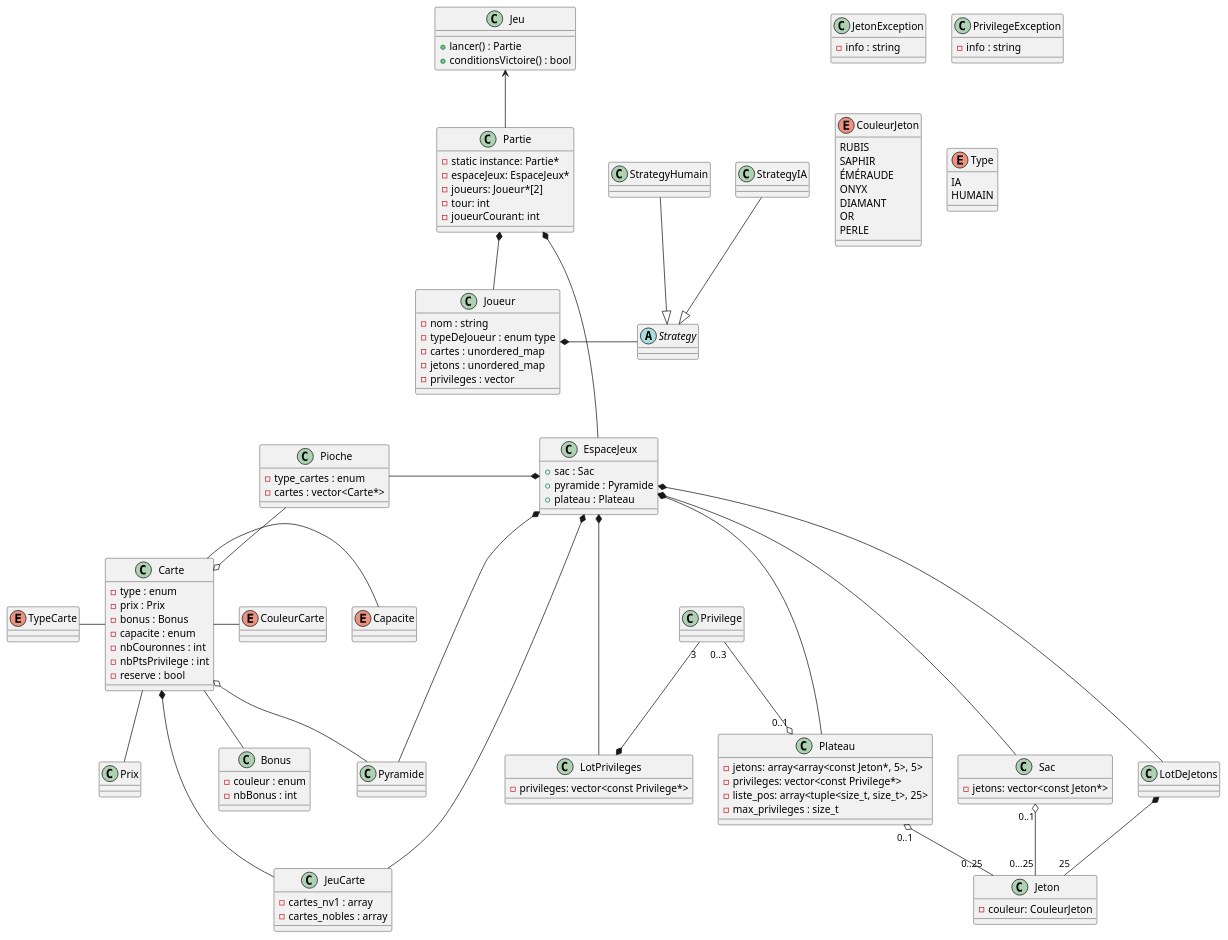
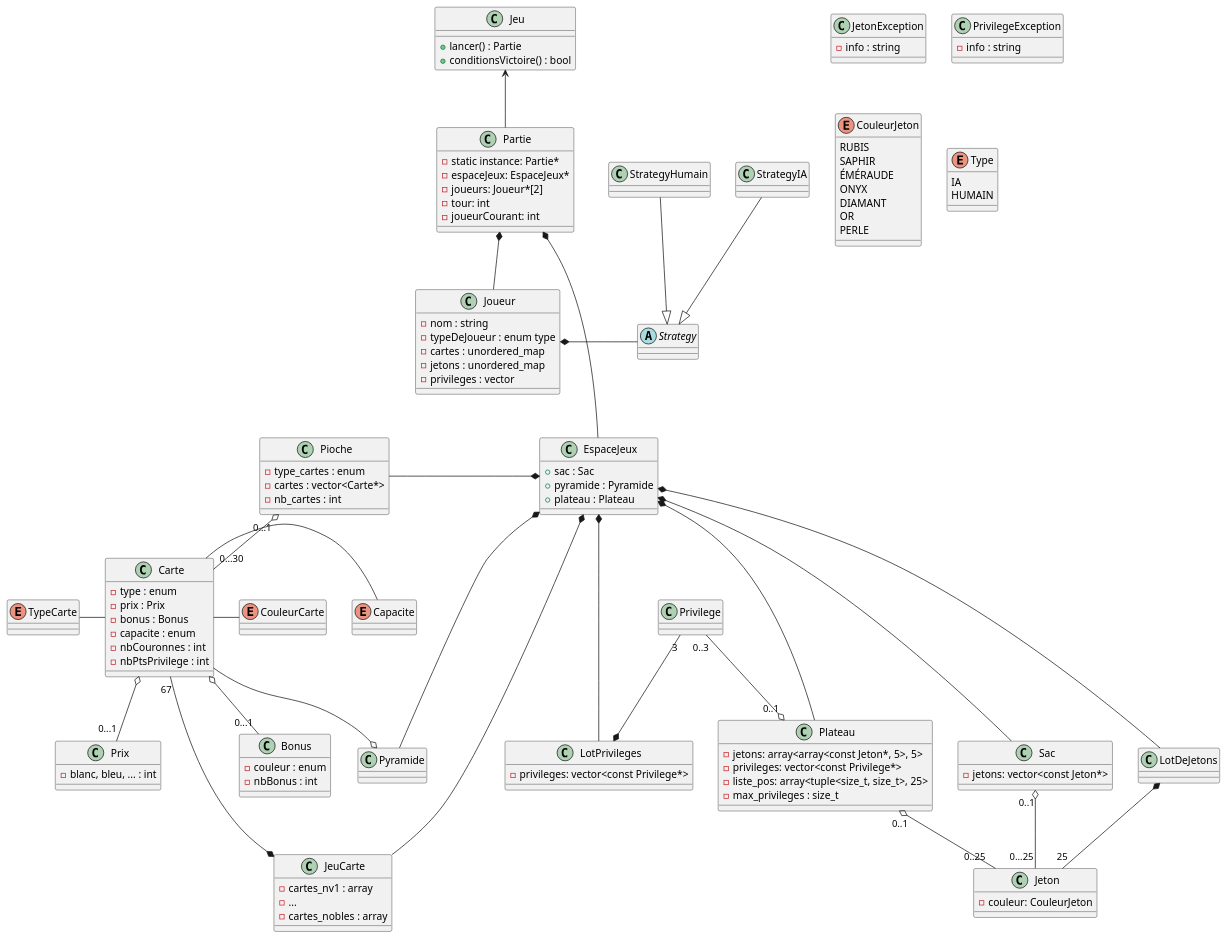
Before and after one commit to theguega/OOP-Board-Game: the diagram in uml/general/splendor.plantuml, drawn with PlantUML. The commit also changed 3 other files, not shown here.

Commit message:
modifs uml

```diff
--- a/uml/general/splendor.plantuml
+++ b/uml/general/splendor.plantuml
@@ -1,161 +1,161 @@
-@startuml splendor
+@startuml
 '    https://plantuml.com/class-diagram
 
 class JetonException {
   - info : string
 }
 
 class PrivilegeException {
   - info : string
 }
 
 enum CouleurJeton {
   RUBIS
   SAPHIR
   ÉMÉRAUDE
   ONYX
   DIAMANT
   OR
   PERLE
 }
 
 
 
 class Jeton {
   - couleur: CouleurJeton
 }
 
 class Privilege {
 }
 
 class LotPrivileges {
   - privileges: vector<const Privilege*>
 }
 
 class Sac {
   - jetons: vector<const Jeton*>
 }
 
 class Plateau {
   - jetons: array<array<const Jeton*, 5>, 5>
   - privileges: vector<const Privilege*>
   - liste_pos: array<tuple<size_t, size_t>, 25>
   - max_privileges : size_t
 }
 
 LotDeJetons *--"25" Jeton
 Sac "0..1" o-- "0...25" Jeton
 Privilege "3" --* LotPrivileges
 Plateau "0..1" o- "0..25" Jeton
 Privilege "0..3" -o "0..1" Plateau
 
 ' Cartes
 
 enum CouleurCarte
 
 enum TypeCarte
 
 enum Capacite
 
 class Carte{
     - type : enum
     - prix : Prix
     - bonus : Bonus
     - capacite : enum
     - nbCouronnes : int
     - nbPtsPrivilege : int
-    - reserve : bool
 }
 
 class Bonus{
     - couleur : enum
     - nbBonus : int
 }
 
 class Prix{
-
+    - blanc, bleu, ... : int
 }
 
 class Pioche {
     - type_cartes : enum
     - cartes : vector<Carte*>
+    - nb_cartes : int
 }
 
 class JeuCarte {
     - cartes_nv1 : array
+    - ...
     - cartes_nobles : array
 }
 
 class Pyramide {
 }
 
-Carte *--- JeuCarte
-Carte o-- Pyramide
-Pioche --o Carte
-Carte -- Bonus
-Carte -- Prix
+Carte "67" ---* JeuCarte
+Carte --o Pyramide
+Pioche "0...1" o-- "0...30"Carte
+Carte o-- "0...1" Bonus
+Carte o-- "0...1" Prix
 Carte - CouleurCarte
 TypeCarte - Carte
 Carte - Capacite
 
 ' Joueur
 
 class Joueur {
     - nom : string
     - typeDeJoueur : enum type
     - cartes : unordered_map
     - jetons : unordered_map
     - privileges : vector
 }
 
 abstract Strategy {
 }
 
 class StrategyHumain
 class StrategyIA
 
 Joueur *- Strategy
 StrategyHumain --|> Strategy
 StrategyIA --|> Strategy
 enum Type {
     IA
     HUMAIN
 }
 
 ' Partie
 
 class Partie {
     - static instance: Partie*
     - espaceJeux: EspaceJeux*
     - joueurs: Joueur*[2]
     - tour: int
     - joueurCourant: int
 }
 
 ' Others
 
 class EspaceJeux {
     + sac : Sac
     + pyramide : Pyramide
     + plateau : Plateau
 }
 
 class Jeu {
     + lancer() : Partie
     + conditionsVictoire() : bool
 }
 
 Partie *--- EspaceJeux
 Partie *-- Joueur
 
 EspaceJeux *--- Sac
 EspaceJeux *--- Pyramide
 EspaceJeux *--- Plateau
 EspaceJeux *--- LotDeJetons
 EspaceJeux *--- LotPrivileges
 EspaceJeux *-- JeuCarte
 Pioche -* EspaceJeux
 
 Jeu <-- Partie
-
 @enduml
```
